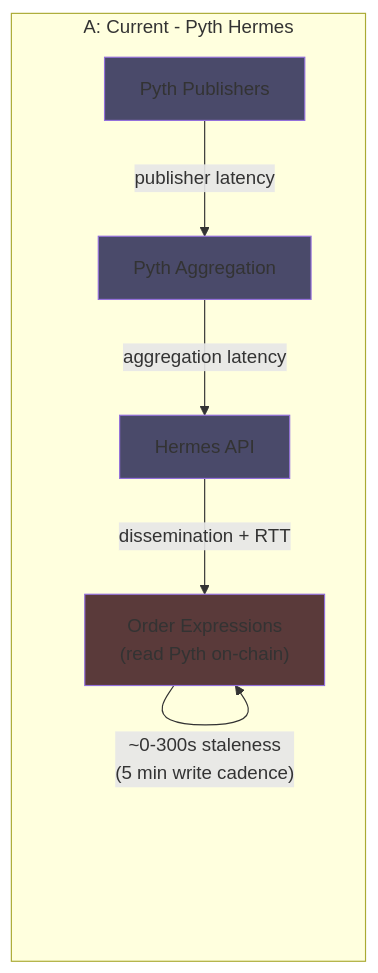
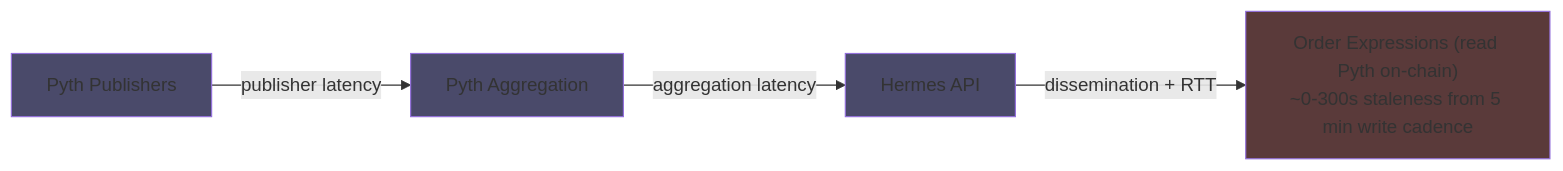
The second of 9 diagrams in TRUTH.md (ST0x-Technology/st0x.liquidity), drawn with Mermaid before and after one commit. The commit also changed other lines of this file, not shown here.

Commit message:
compact diagram layouts: LR pipelines, remove redundant diagrams, split architecture

````diff
--- a/TRUTH.md
+++ b/TRUTH.md
@@ -85,15 +87,11 @@
 ```mermaid
 graph LR
-    subgraph "A: Current - Pyth Hermes"
-        PP[Pyth Publishers] -->|publisher latency| PA[Pyth Aggregation]
-        PA -->|aggregation latency| H[Hermes API]
-        H -->|dissemination + RTT| OE["Order Expressions<br/>(read Pyth on-chain)"]
-        OE -->|"~0-300s staleness<br/>(5 min write cadence)"| OE
-
-    end
+    PP[Pyth Publishers] -->|publisher latency| PA[Pyth Aggregation]
+    PA -->|aggregation latency| H[Hermes API]
+    H -->|dissemination + RTT| OE["Order Expressions (read Pyth on-chain)<br/>~0-300s staleness from 5 min write cadence"]
 
     style PP fill:#4a4a6a
     style PA fill:#4a4a6a
     style H fill:#4a4a6a
     style OE fill:#5a3a3a
 ```
````
